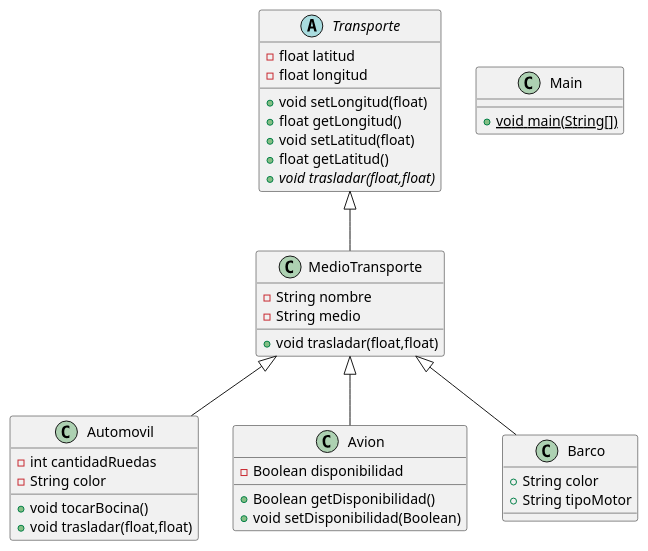
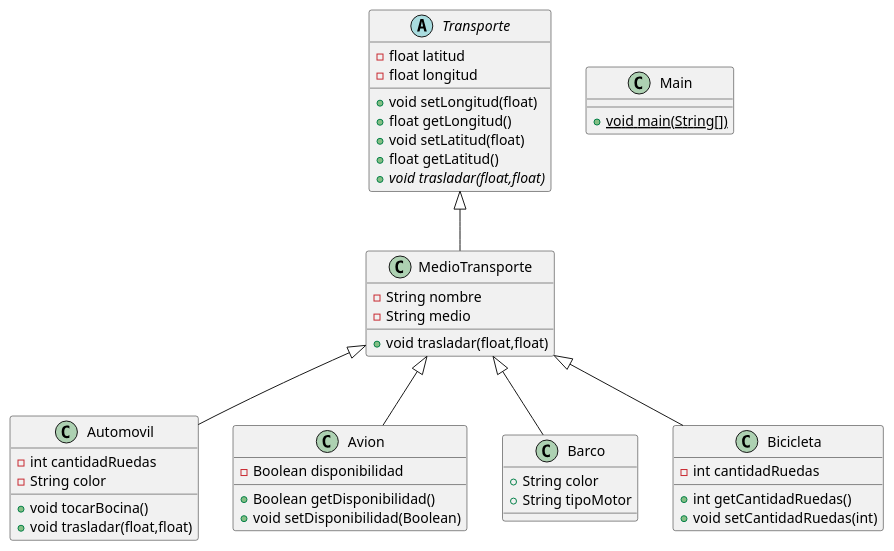
Before and after one commit to sergiomedinaio/25.1-poo_testing_java: the diagram in class_diagram.puml, drawn with PlantUML. The commit also changed 3 other files, not shown here.

```diff
--- a/class_diagram.puml
+++ b/class_diagram.puml
@@ -1,50 +1,56 @@
 @startuml
 abstract class Transporte {
 - float latitud
 - float longitud
 + void setLongitud(float)
 + float getLongitud()
 + void setLatitud(float)
 + float getLatitud()
 + {abstract}void trasladar(float,float)
 }
 
 
 class Automovil {
 - int cantidadRuedas
 - String color
 + void tocarBocina()
 + void trasladar(float,float)
 }
 
 
 class Avion {
 - Boolean disponibilidad
 + Boolean getDisponibilidad()
 + void setDisponibilidad(Boolean)
 }
 
 
 class MedioTransporte {
 - String nombre
 - String medio
 + void trasladar(float,float)
 }
 
 
 class Main {
 + {static} void main(String[])
 }
 
 class Barco {
 + String color
 + String tipoMotor
 }
 
+class Bicicleta {
+- int cantidadRuedas
++ int getCantidadRuedas()
++ void setCantidadRuedas(int)
+}
 
 
 MedioTransporte <|-- Automovil
 MedioTransporte <|-- Avion
 Transporte <|-- MedioTransporte
 MedioTransporte <|-- Barco
+MedioTransporte <|-- Bicicleta
 @enduml
```
